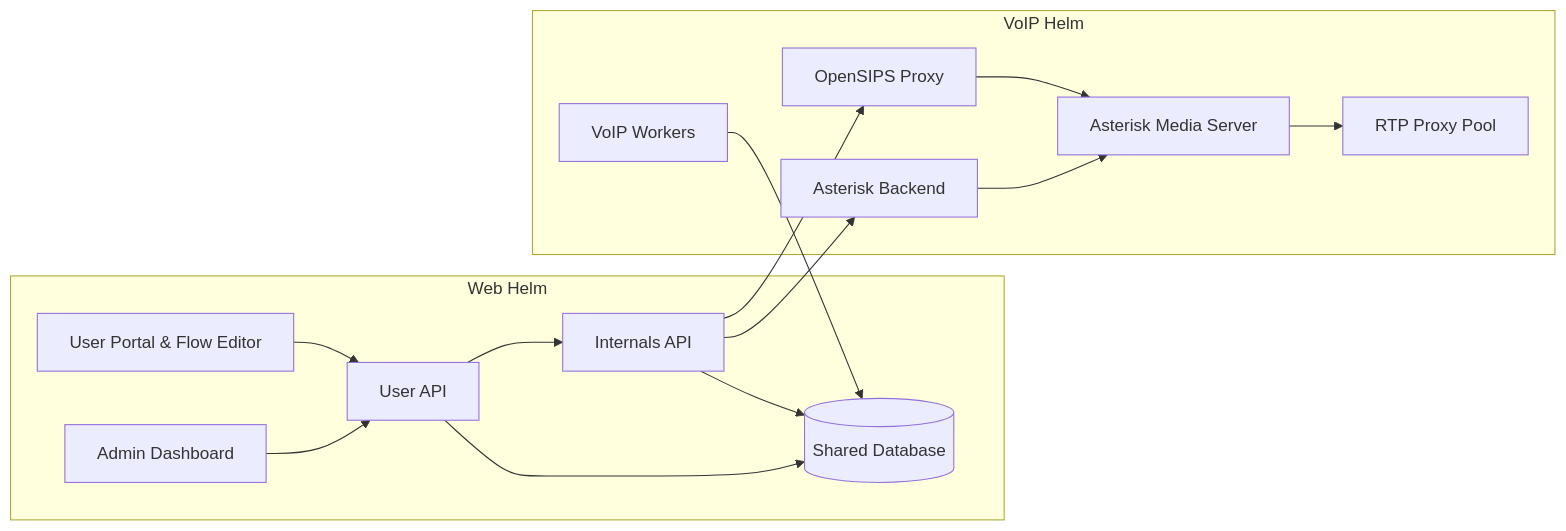
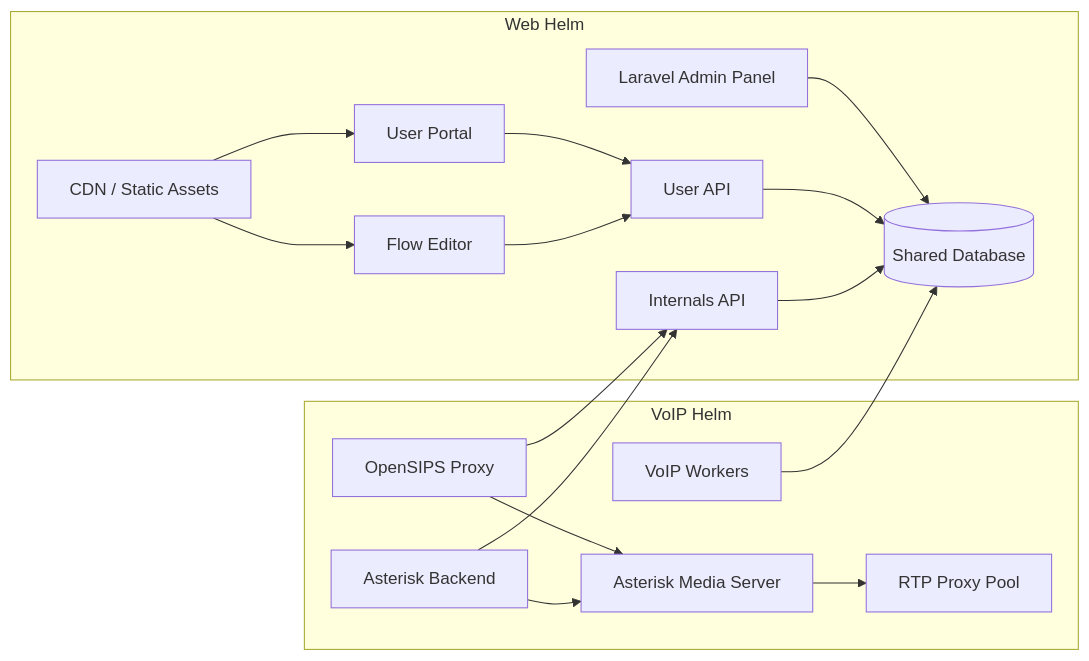
Before and after one commit to Lineblocs/lineblocs: the diagram in README.md, drawn with Mermaid. The commit also changed other lines of this file, not shown here.

Commit message:
Revise README with detailed architecture and service breakdown

````diff
--- a/README.md
+++ b/README.md
@@ -22,30 +87,34 @@
 ```mermaid
 graph LR
 	subgraph Web Helm
-		A[User Portal & Flow Editor]
-		B[Admin Dashboard]
-		C[User API]
-		D[Internals API]
+		A[User Portal]
+		B[Flow Editor]
+		C[Laravel Admin Panel]
+		D[User API]
+		E[Internals API]
 		DB[(Shared Database)]
+		CDN[CDN / Static Assets]
 	end
 
 	subgraph VoIP Helm
-		E[OpenSIPS Proxy]
-		F[Asterisk Backend]
-		G[Asterisk Media Server]
-		H[RTP Proxy Pool]
-		I[VoIP Workers]
+		F[OpenSIPS Proxy]
+		G[Asterisk Backend]
+		H[Asterisk Media Server]
+		I[RTP Proxy Pool]
+		J[VoIP Workers]
 	end
 
-	A --> C
-	B --> C
-	C --> D
-	D --> E
-	D --> F
-	E --> G
-	F --> G
-	G --> H
-	I --> DB
+	A --> D
+	B --> D
 	C --> DB
 	D --> DB
+	E --> DB
+	F --> E
+	G --> E
+	J --> DB
+	F --> H
+	G --> H
+	H --> I
+	CDN --> A
+	CDN --> B
 ```
````
